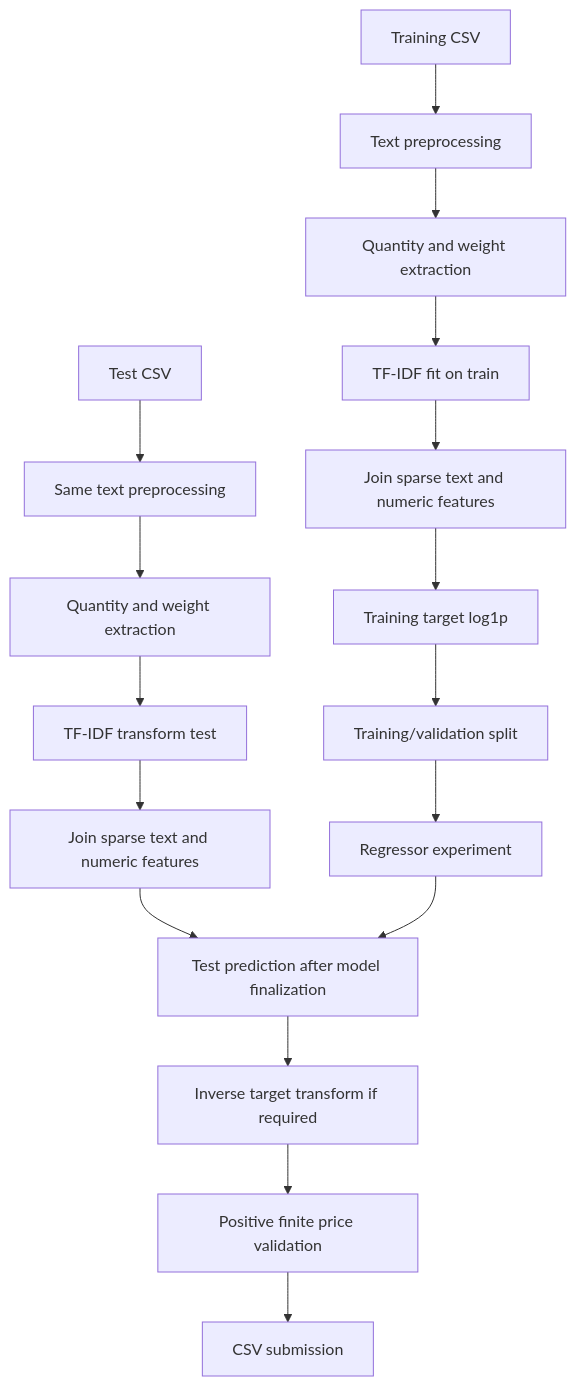
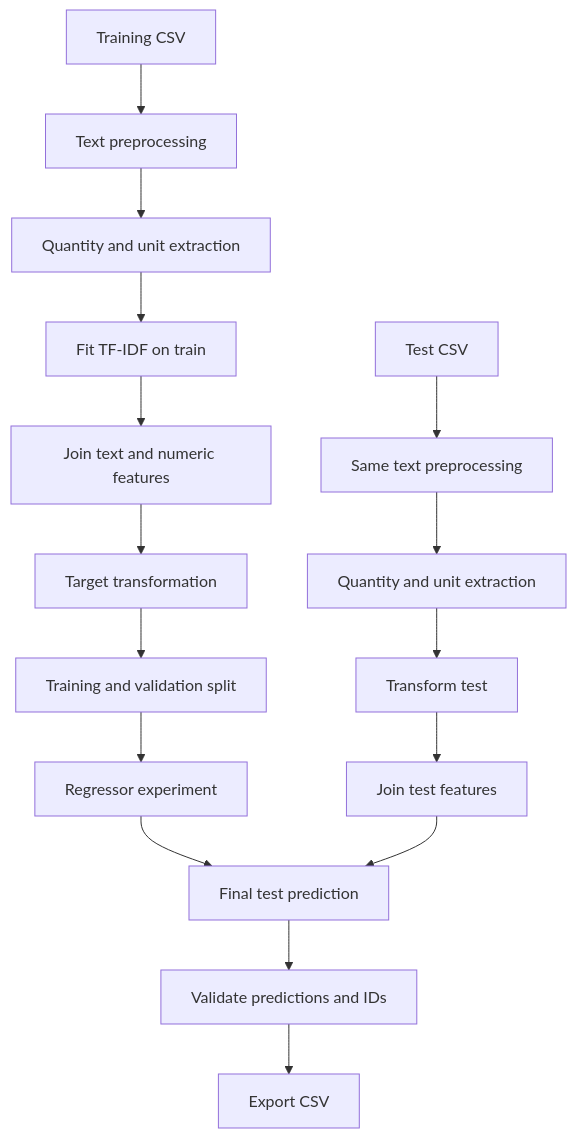
Before and after one commit to Brajesh31/AmazonML-Hackathon: the diagram in docs/architecture.md, drawn with Mermaid. The commit also changed other lines of this file, not shown here.

Commit message:
docs: expand docs/architecture.md

````diff
--- a/docs/architecture.md
+++ b/docs/architecture.md
@@ -21,19 +18,18 @@
 ```mermaid
 flowchart TD
     A[Training CSV] --> C[Text preprocessing]
     B[Test CSV] --> C2[Same text preprocessing]
-    C --> D[Quantity and weight extraction]
-    C2 --> D2[Quantity and weight extraction]
-    D --> E[TF-IDF fit on train]
-    D2 --> F[TF-IDF transform test]
-    E --> G[Join sparse text and numeric features]
-    F --> H[Join sparse text and numeric features]
-    G --> I[Training target log1p]
-    I --> J[Training/validation split]
+    C --> D[Quantity and unit extraction]
+    C2 --> D2[Quantity and unit extraction]
+    D --> E[Fit TF-IDF on train]
+    D2 --> F[Transform test]
+    E --> G[Join text and numeric features]
+    F --> H[Join test features]
+    G --> I[Target transformation]
+    I --> J[Training and validation split]
     J --> K[Regressor experiment]
-    H --> L[Test prediction after model finalization]
-    K --> L
-    L --> M[Inverse target transform if required]
-    M --> N[Positive finite price validation]
-    N --> O[CSV submission]
+    K --> L[Final test prediction]
+    H --> L
+    L --> M[Validate predictions and IDs]
+    M --> N[Export CSV]
 ```
````
